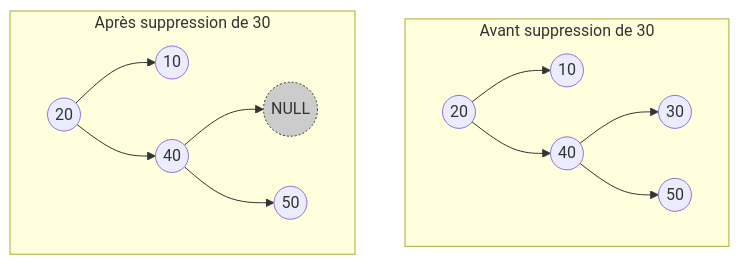
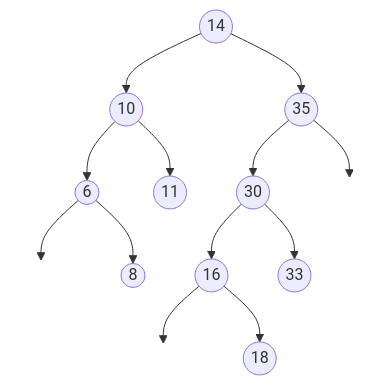
One commit to amhakimouse/visual-courses changed the second of 3 diagrams in Algorithms/chapitre5_explications.md. Above: the diagram before and after it, drawn with Mermaid. The commit also changed other lines of this file, not shown here.

````diff
--- a/Algorithms/chapitre5_explications.md
+++ b/Algorithms/chapitre5_explications.md
@@ -145,17 +225,23 @@
 ```mermaid
-flowchart TD
-    subgraph Avant [Avant suppression de 30]
-        20((20)) --> 10((10))
-        20 --> 40((40))
-        40 --> 30((30))
-        40 --> 50((50))
-    end
+graph TD
+    14((14)) --> 10((10))
+    14 --> 35((35))
     
-    subgraph Apres [Après suppression de 30]
-        20a((20)) --> 10a((10))
-        20a --> 40a((40))
-        40a --> null((NULL))
-        40a --> 50a((50))
-        style null fill:#ccc,stroke:#333,stroke-width:1px,stroke-dasharray: 2 2
-    end
+    10 --> 6((6))
+    10 --> 11((11))
+    
+    6 --> null1[ ]
+    style null1 stroke-width:0px,fill:none
+    6 --> 8((8))
+    
+    35 --> 30((30))
+    35 --> null2[ ]
+    style null2 stroke-width:0px,fill:none
+    
+    30 --> 16((16))
+    30 --> 33((33))
+    
+    16 --> null3[ ]
+    style null3 stroke-width:0px,fill:none
+    16 --> 18((18))
 ```
````
